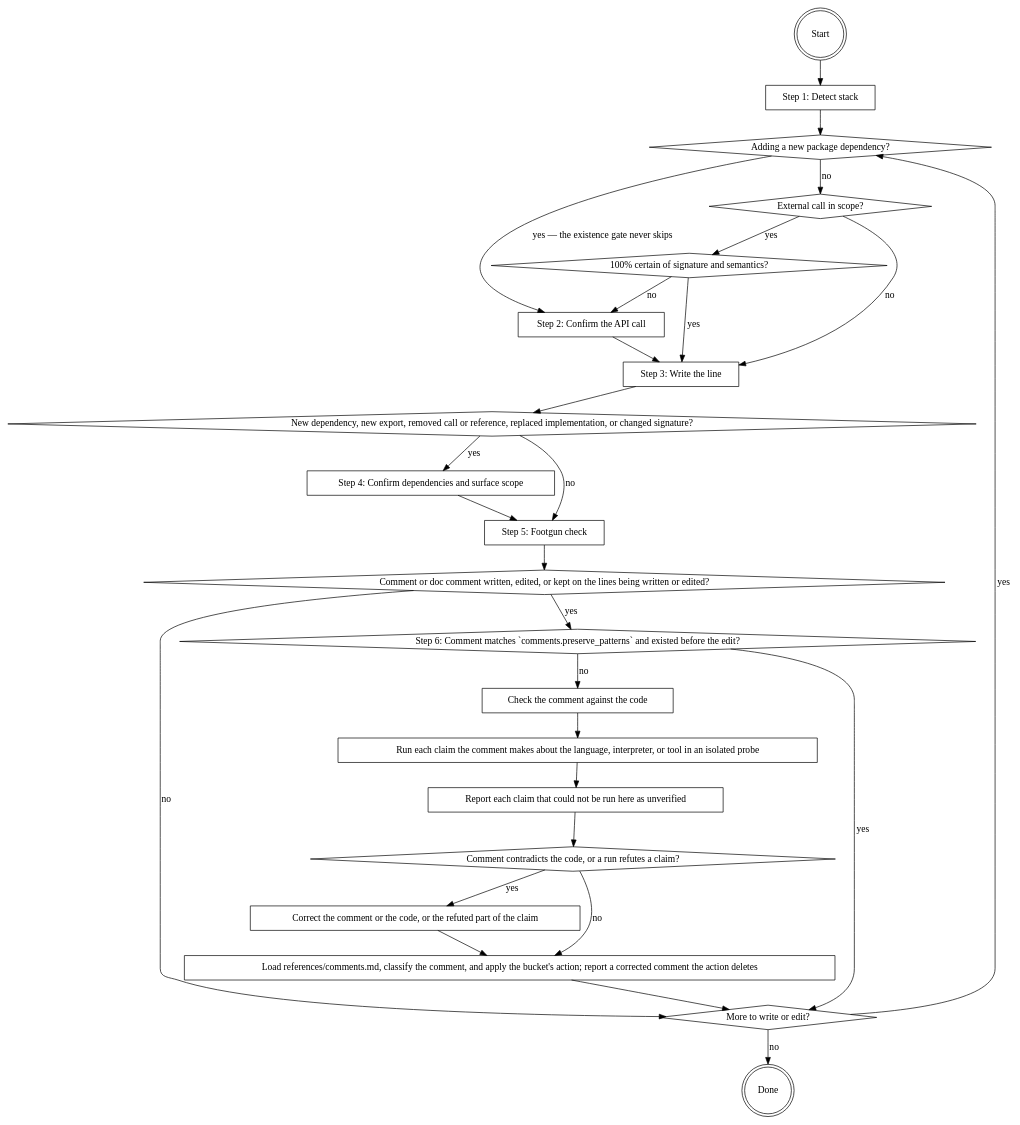
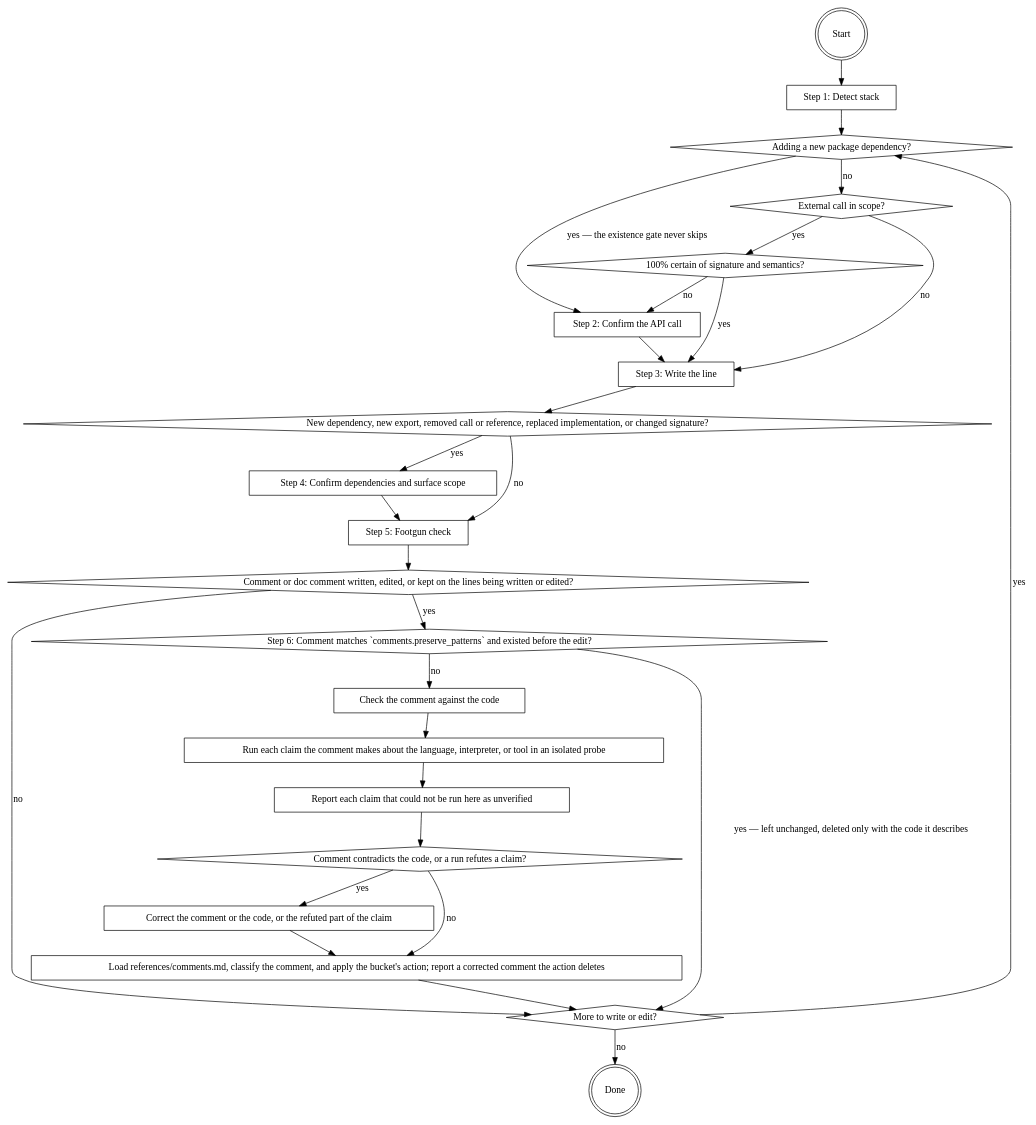
Before and after one commit to it-bens/ai-tools: the diagram in plugins/software-writer/skills/writing-code/SKILL.md, drawn with Graphviz. The commit also changed other lines of this file and 2 other files, not shown here.

Commit message:
fix(software-writer): delete a preserved comment with its code
Step 6 skipped a pre-existing comment matching `comments.preserve_patterns` with no edit at all. That overrode the rule to delete a why-comment together with the code it describes, and left the comment above code the edit had removed. The skip now keeps such a comment unchanged unless the edit deletes the code it describes.

````diff
--- a/plugins/software-writer/skills/writing-code/SKILL.md
+++ b/plugins/software-writer/skills/writing-code/SKILL.md
@@ -18,51 +18,51 @@
 ```dot
 digraph writing_code {
     "Start" [shape=doublecircle];
     "Step 1: Detect stack" [shape=box];
     "Adding a new package dependency?" [shape=diamond];
     "External call in scope?" [shape=diamond];
     "100% certain of signature and semantics?" [shape=diamond];
     "Step 2: Confirm the API call" [shape=box];
     "Step 3: Write the line" [shape=box];
     "New dependency, new export, removed call or reference, replaced implementation, or changed signature?" [shape=diamond];
     "Step 4: Confirm dependencies and surface scope" [shape=box];
     "Step 5: Footgun check" [shape=box];
     "Comment or doc comment written, edited, or kept on the lines being written or edited?" [shape=diamond];
     "Step 6: Comment matches `comments.preserve_patterns` and existed before the edit?" [shape=diamond];
     "Check the comment against the code" [shape=box];
     "Run each claim the comment makes about the language, interpreter, or tool in an isolated probe" [shape=box];
     "Report each claim that could not be run here as unverified" [shape=box];
     "Comment contradicts the code, or a run refutes a claim?" [shape=diamond];
     "Correct the comment or the code, or the refuted part of the claim" [shape=box];
     "Load references/comments.md, classify the comment, and apply the bucket's action; report a corrected comment the action deletes" [shape=box];
     "More to write or edit?" [shape=diamond];
     "Done" [shape=doublecircle];
 
     "Start" -> "Step 1: Detect stack" -> "Adding a new package dependency?";
     "Adding a new package dependency?" -> "Step 2: Confirm the API call" [label="yes — the existence gate never skips"];
     "Adding a new package dependency?" -> "External call in scope?" [label="no"];
     "External call in scope?" -> "100% certain of signature and semantics?" [label="yes"];
     "External call in scope?" -> "Step 3: Write the line" [label="no"];
     "100% certain of signature and semantics?" -> "Step 3: Write the line" [label="yes"];
     "100% certain of signature and semantics?" -> "Step 2: Confirm the API call" [label="no"];
     "Step 2: Confirm the API call" -> "Step 3: Write the line";
     "Step 3: Write the line" -> "New dependency, new export, removed call or reference, replaced implementation, or changed signature?";
     "New dependency, new export, removed call or reference, replaced implementation, or changed signature?" -> "Step 4: Confirm dependencies and surface scope" [label="yes"];
     "New dependency, new export, removed call or reference, replaced implementation, or changed signature?" -> "Step 5: Footgun check" [label="no"];
     "Step 4: Confirm dependencies and surface scope" -> "Step 5: Footgun check";
     "Step 5: Footgun check" -> "Comment or doc comment written, edited, or kept on the lines being written or edited?";
     "Comment or doc comment written, edited, or kept on the lines being written or edited?" -> "Step 6: Comment matches `comments.preserve_patterns` and existed before the edit?" [label="yes"];
     "Comment or doc comment written, edited, or kept on the lines being written or edited?" -> "More to write or edit?" [label="no"];
-    "Step 6: Comment matches `comments.preserve_patterns` and existed before the edit?" -> "More to write or edit?" [label="yes"];
+    "Step 6: Comment matches `comments.preserve_patterns` and existed before the edit?" -> "More to write or edit?" [label="yes — left unchanged, deleted only with the code it describes"];
     "Step 6: Comment matches `comments.preserve_patterns` and existed before the edit?" -> "Check the comment against the code" [label="no"];
     "Check the comment against the code" -> "Run each claim the comment makes about the language, interpreter, or tool in an isolated probe";
     "Run each claim the comment makes about the language, interpreter, or tool in an isolated probe" -> "Report each claim that could not be run here as unverified";
     "Report each claim that could not be run here as unverified" -> "Comment contradicts the code, or a run refutes a claim?";
     "Comment contradicts the code, or a run refutes a claim?" -> "Correct the comment or the code, or the refuted part of the claim" [label="yes"];
     "Comment contradicts the code, or a run refutes a claim?" -> "Load references/comments.md, classify the comment, and apply the bucket's action; report a corrected comment the action deletes" [label="no"];
     "Correct the comment or the code, or the refuted part of the claim" -> "Load references/comments.md, classify the comment, and apply the bucket's action; report a corrected comment the action deletes";
     "Load references/comments.md, classify the comment, and apply the bucket's action; report a corrected comment the action deletes" -> "More to write or edit?";
     "More to write or edit?" -> "Adding a new package dependency?" [label="yes"];
     "More to write or edit?" -> "Done" [label="no"];
 }
 ```
````
